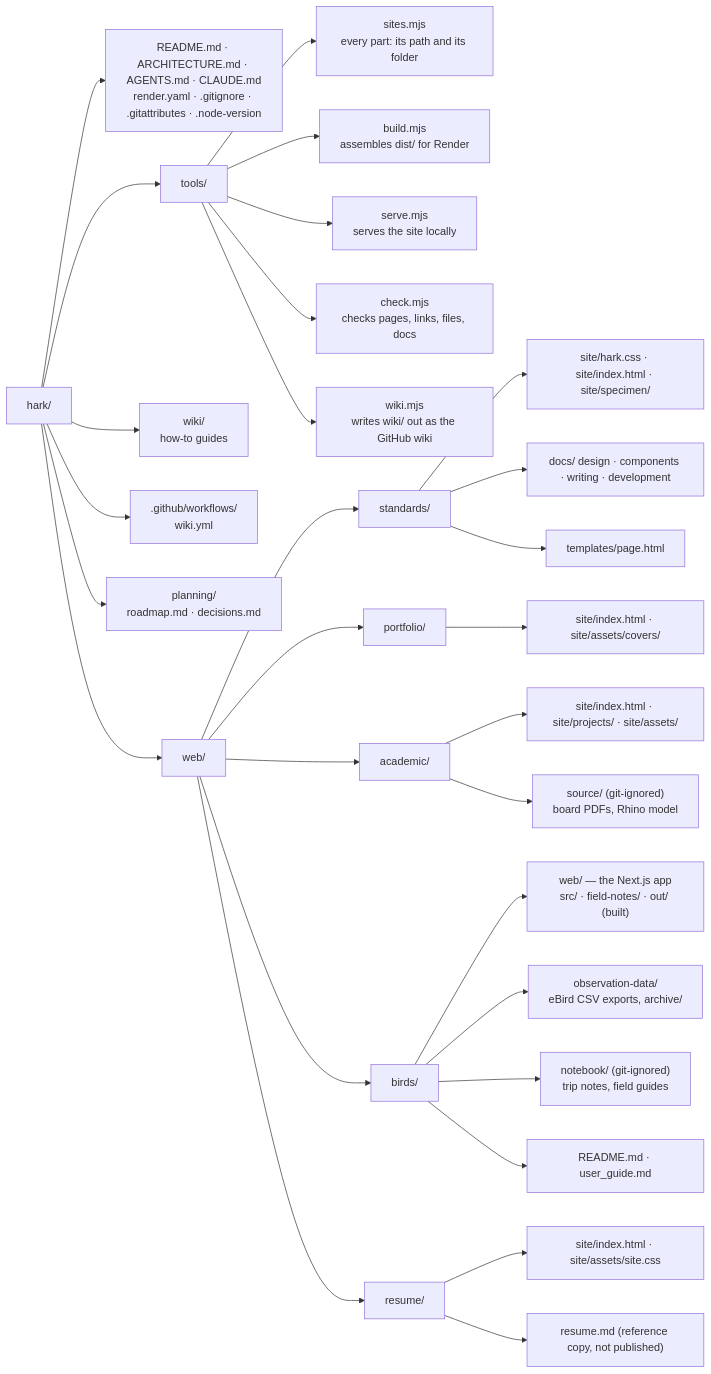
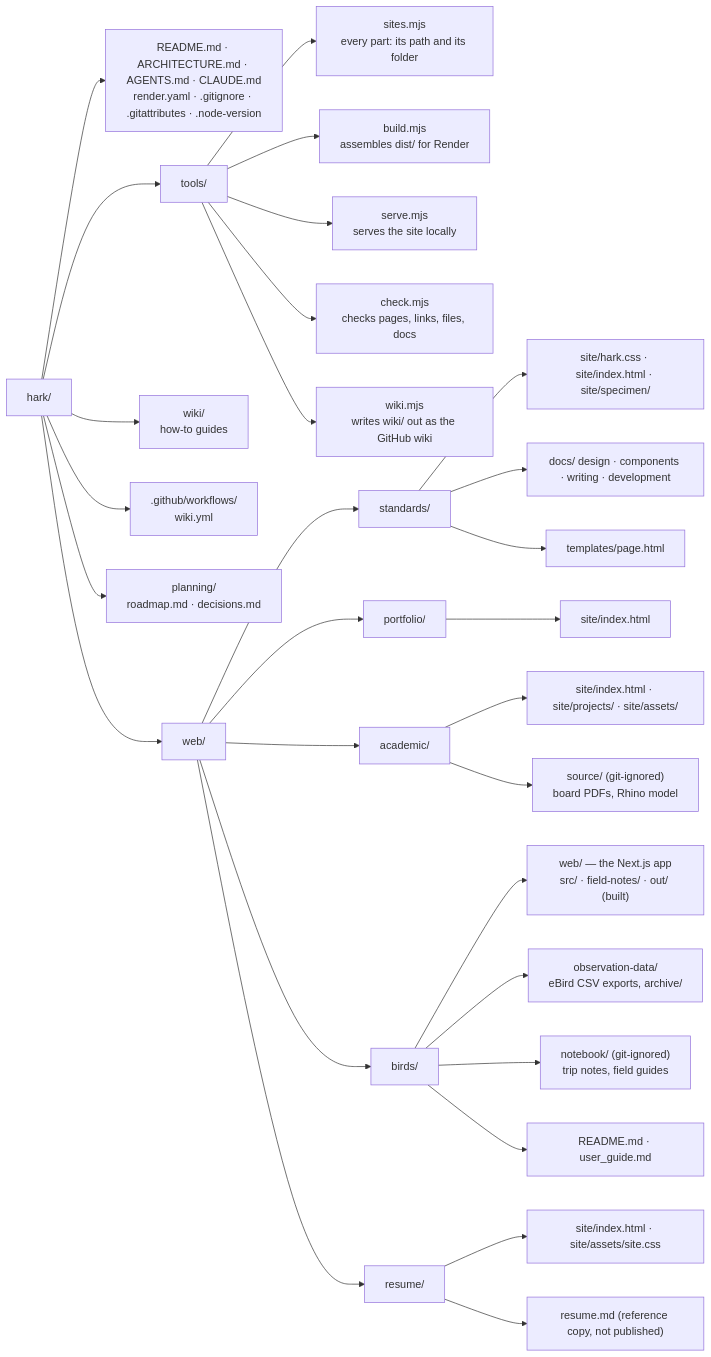
The second of 6 diagrams in ARCHITECTURE.md (felipeharker/hark), drawn with Mermaid before and after one commit. The commit also changed 8 other files, not shown here.

````diff
--- a/ARCHITECTURE.md
+++ b/ARCHITECTURE.md
@@ -55,39 +55,39 @@
 ```mermaid
 flowchart LR
   root["hark/"]
   root --> rootfiles["README.md · ARCHITECTURE.md · AGENTS.md · CLAUDE.md<br/>render.yaml · .gitignore · .gitattributes · .node-version"]
   root --> tools["tools/"]
   root --> wiki["wiki/<br/>how-to guides"]
   root --> workflows[".github/workflows/<br/>wiki.yml"]
   root --> planning["planning/<br/>roadmap.md · decisions.md"]
   root --> web["web/"]
 
   tools --> t1["sites.mjs<br/>every part: its path and its folder"]
   tools --> t2["build.mjs<br/>assembles dist/ for Render"]
   tools --> t3["serve.mjs<br/>serves the site locally"]
   tools --> t4["check.mjs<br/>checks pages, links, files, docs"]
   tools --> t5["wiki.mjs<br/>writes wiki/ out as the GitHub wiki"]
 
   web --> s["standards/"]
   web --> p["portfolio/"]
   web --> a["academic/"]
   web --> b["birds/"]
   web --> r["resume/"]
 
   s --> s1["site/hark.css · site/index.html · site/specimen/"]
   s --> s2["docs/ design · components · writing · development"]
   s --> s3["templates/page.html"]
 
-  p --> p1["site/index.html · site/assets/covers/"]
+  p --> p1["site/index.html"]
 
   a --> a1["site/index.html · site/projects/ · site/assets/"]
   a --> a2["source/ (git-ignored)<br/>board PDFs, Rhino model"]
 
   b --> b1["web/ — the Next.js app<br/>src/ · field-notes/ · out/ (built)"]
   b --> b2["observation-data/<br/>eBird CSV exports, archive/"]
   b --> b3["notebook/ (git-ignored)<br/>trip notes, field guides"]
   b --> b4["README.md · user_guide.md"]
 
   r --> r1["site/index.html · site/assets/site.css"]
   r --> r2["resume.md (reference copy, not published)"]
 ```
````
